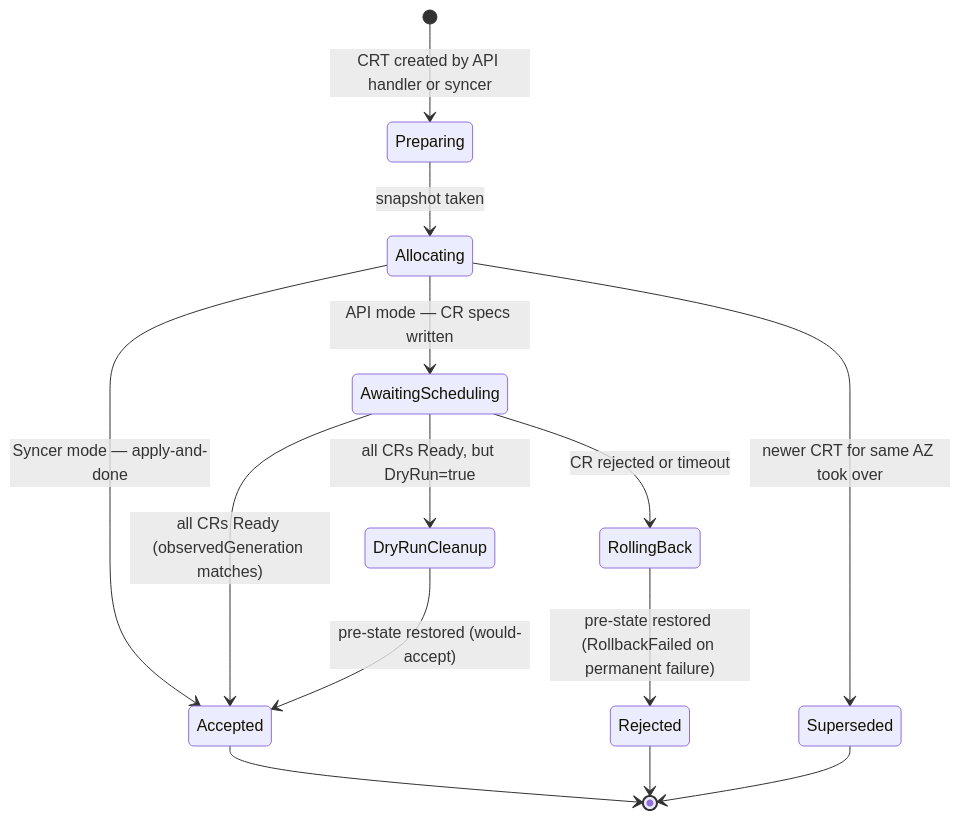
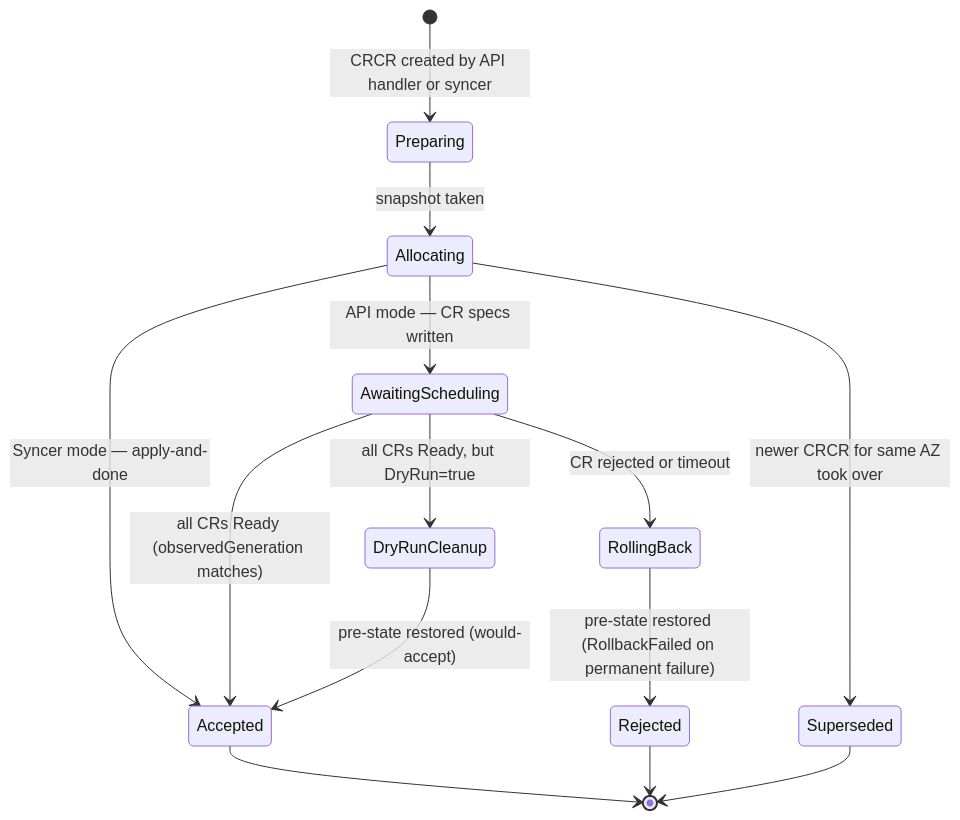
Before and after one commit to cobaltcore-dev/cortex: the third of 3 diagrams in docs/03-reservations-and-inventory/03-b-committed-resource-transaction-architecture.md, drawn with Mermaid. The commit also changed other lines of this file and 10 other files, not shown here.

````diff
--- a/docs/03-reservations-and-inventory/03-b-committed-resource-transaction-architecture.md
+++ b/docs/03-reservations-and-inventory/03-b-committed-resource-transaction-architecture.md
@@ -64,22 +64,22 @@
 ```mermaid
 stateDiagram-v2
-    [*] --> Preparing : CRT created by API handler or syncer
+    [*] --> Preparing : CRCR created by API handler or syncer
 
     Preparing --> Allocating : snapshot taken
 
     Allocating --> AwaitingScheduling : API mode — CR specs written
     Allocating --> Accepted : Syncer mode — apply-and-done
-    Allocating --> Superseded : newer CRT for same AZ took over
+    Allocating --> Superseded : newer CRCR for same AZ took over
 
     AwaitingScheduling --> Accepted : all CRs Ready (observedGeneration matches)
     AwaitingScheduling --> DryRunCleanup : all CRs Ready, but DryRun=true
     AwaitingScheduling --> RollingBack : CR rejected or timeout
 
     DryRunCleanup --> Accepted : pre-state restored (would-accept)
 
     RollingBack --> Rejected : pre-state restored (RollbackFailed on permanent failure)
 
     Accepted --> [*]
     Rejected --> [*]
     Superseded --> [*]
 ```
````
